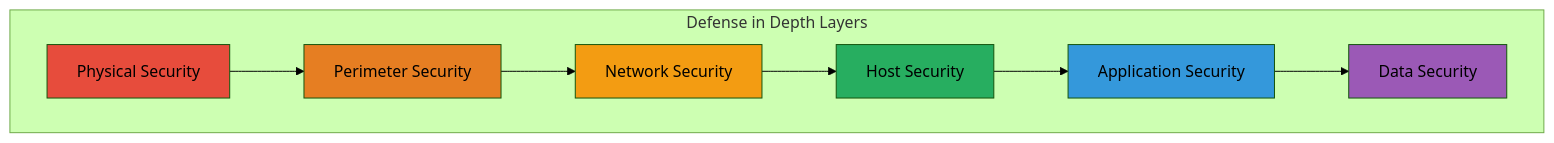
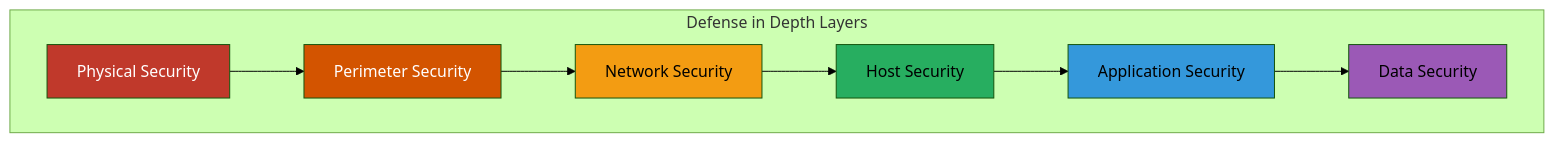
Before and after one commit to gurkanindibay/azure_learning: the second of 7 diagrams in architecture-general/06-security-architecture/6.1-security-architecture.md, drawn with Mermaid (forest theme). The commit also changed 7 other files, not shown here.

Commit message:
Add accessibility guidelines for diagrams and documentation

````diff
--- a/architecture-general/06-security-architecture/6.1-security-architecture.md
+++ b/architecture-general/06-security-architecture/6.1-security-architecture.md
@@ -121,17 +121,17 @@
 ```mermaid
 graph TB
     subgraph "Defense in Depth Layers"
         A[Physical Security] --> B[Perimeter Security]
         B --> C[Network Security]
         C --> D[Host Security]
         D --> E[Application Security]
         E --> F[Data Security]
     end
     
-    style A fill:#e74c3c
-    style B fill:#e67e22
-    style C fill:#f39c12
+    style A fill:#c0392b,color:#ffffff
+    style B fill:#d35400,color:#ffffff
+    style C fill:#f39c12,color:#000000
     style D fill:#27ae60
     style E fill:#3498db
     style F fill:#9b59b6
 ```
````
